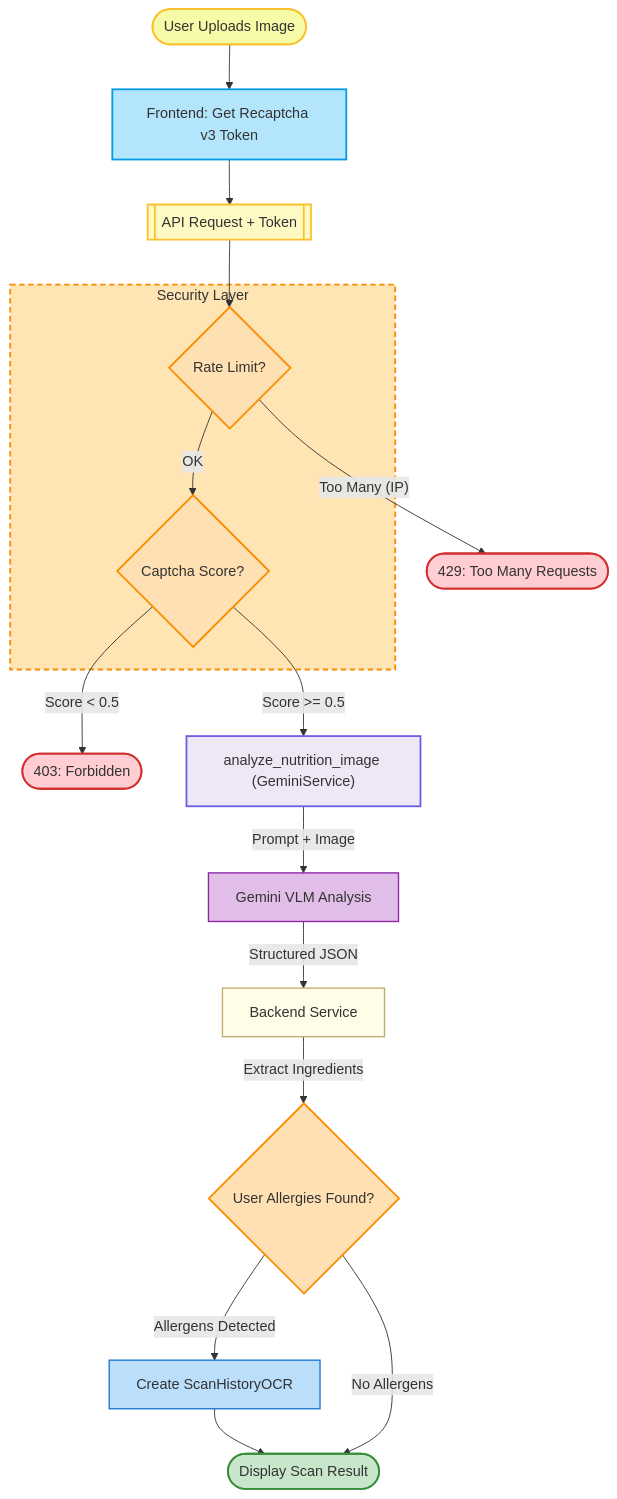
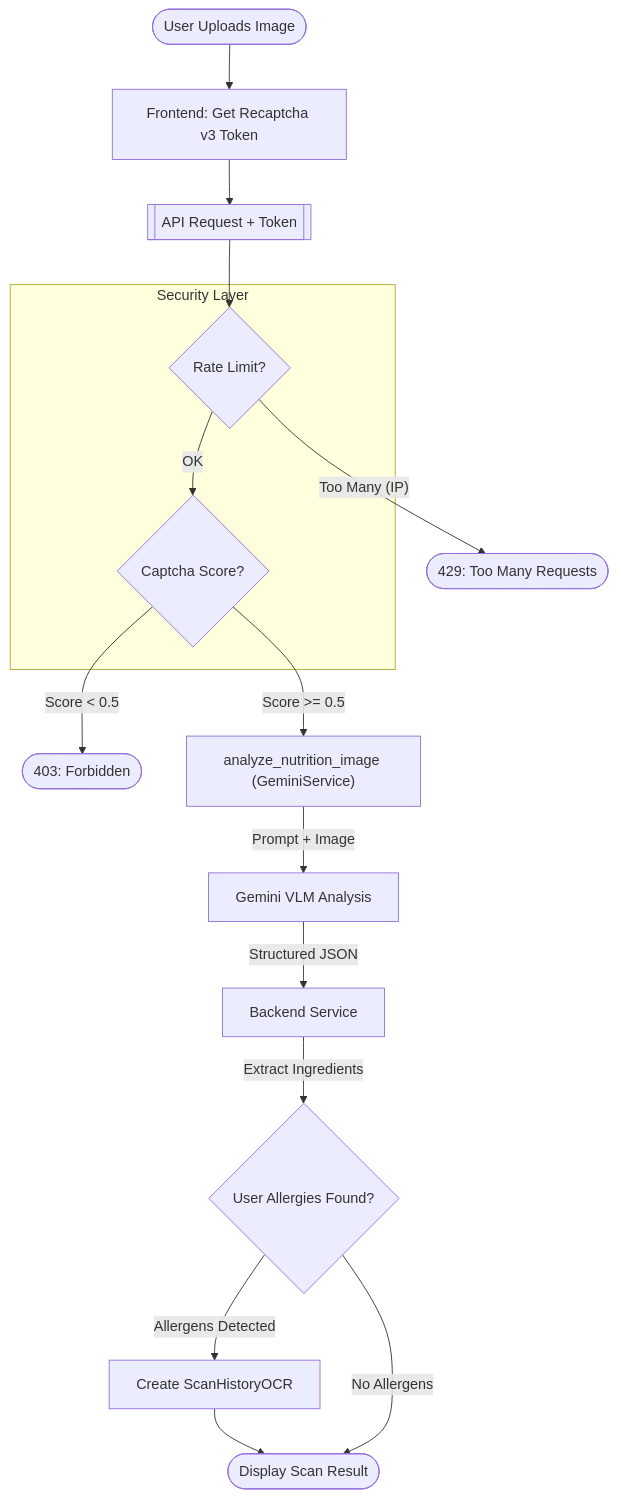
Before and after one commit to rbwtech/lacak-nutri: the first of 2 diagrams in README.md, drawn with Mermaid.

````diff
--- a/README.md
+++ b/README.md
@@ -105,53 +105,40 @@
 ```mermaid
 flowchart TD
     %% Input
     U([User Uploads Image]):::input --> FE[Frontend: Get Recaptcha v3 Token]:::frontend
     FE --> API[[API Request + Token]]:::api
 
     %% Security Layer
     subgraph SECURITY["Security Layer"]
       RL{Rate Limit?}:::decision
       CV{Captcha Score?}:::decision
     end
     API --> RL
     RL -- "Too Many (IP)" --> ERR429([429: Too Many Requests]):::error
     RL -- "OK" --> CV
     CV -- "Score < 0.5" --> ERR403([403: Forbidden]):::error
     CV -- "Score >= 0.5" --> GEM["analyze_nutrition_image (GeminiService)"]:::service
 
     %% Main Analysis
     GEM -- "Prompt + Image" --> GVLM["Gemini VLM Analysis"]:::ai
     GVLM -- "Structured JSON" --> BE[Backend Service]:::backend
     BE -- "Extract Ingredients" --> ALRGY{User Allergies Found?}:::decision
 
     ALRGY -- "Allergens Detected" --> HIST[Create ScanHistoryOCR]:::storage
     HIST --> SHOW([Display Scan Result]):::result
 
     ALRGY -- "No Allergens" --> SHOW
 
-    %% Styling
-    classDef input fill:#f7faa7,stroke:#fbc02d,stroke-width:2px;
-    classDef frontend fill:#b3e5fc,stroke:#039be5,stroke-width:2px;
-    classDef api fill:#fff9c4,stroke:#fbc02d,stroke-width:2px;
-    classDef backend fill:#fffde7,stroke:#bfae6c,stroke-width:1.5px;
-    classDef decision fill:#ffe0b2,stroke:#fb8c00,stroke-width:2px;
-    classDef service fill:#ede7f6,stroke:#6c5ce7,stroke-width:2px;
-    classDef ai fill:#e1bee7,stroke:#8e24aa,stroke-width:1.5px;
-    classDef result fill:#c8e6c9,stroke:#388e3c,stroke-width:2px;
-    classDef error fill:#ffcdd2,stroke:#d32f2f,stroke-width:2px;
-    classDef storage fill:#bbdefb,stroke:#1976d2,stroke-width:1.5px;
-    classDef SECURITY fill:#ffe5b4,stroke:#fb8c00,stroke-width:2px,stroke-dasharray: 6 4;
-
     %% Assignment of classes
     class U input;
     class FE frontend;
     class API api;
     class RL,CV,ALRGY decision;
     class GEM service;
     class GVLM ai;
     class BE backend;
     class SHOW result;
     class ERR429,ERR403 error;
     class HIST storage;
     class SECURITY SECURITY;
 ```
````
